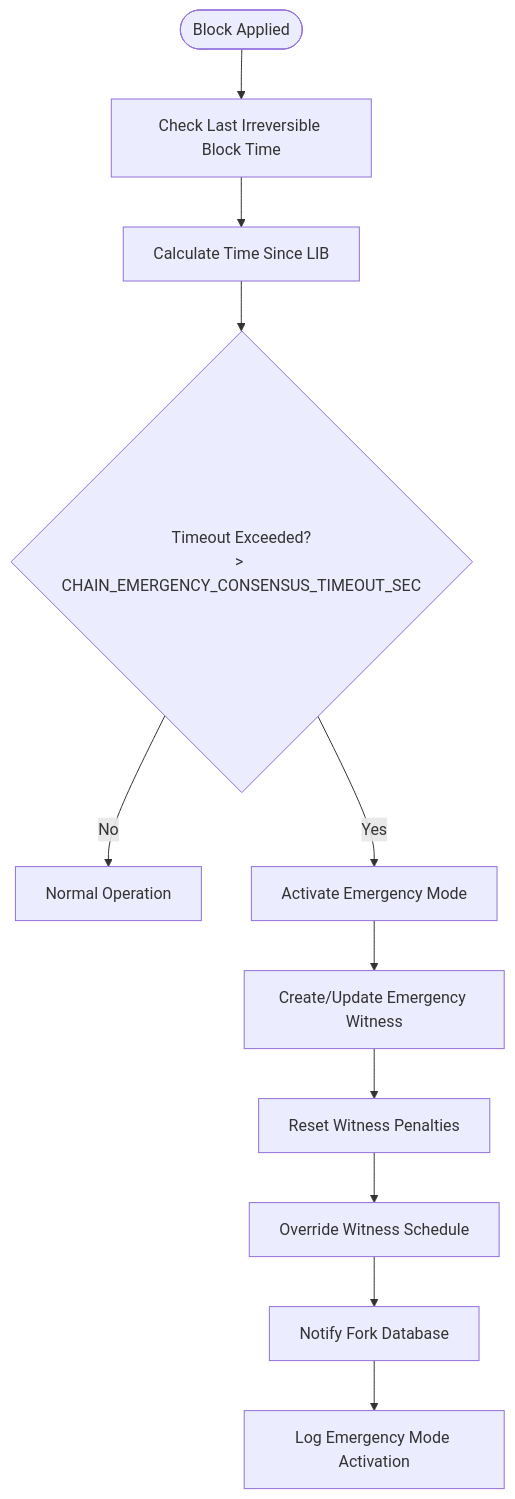
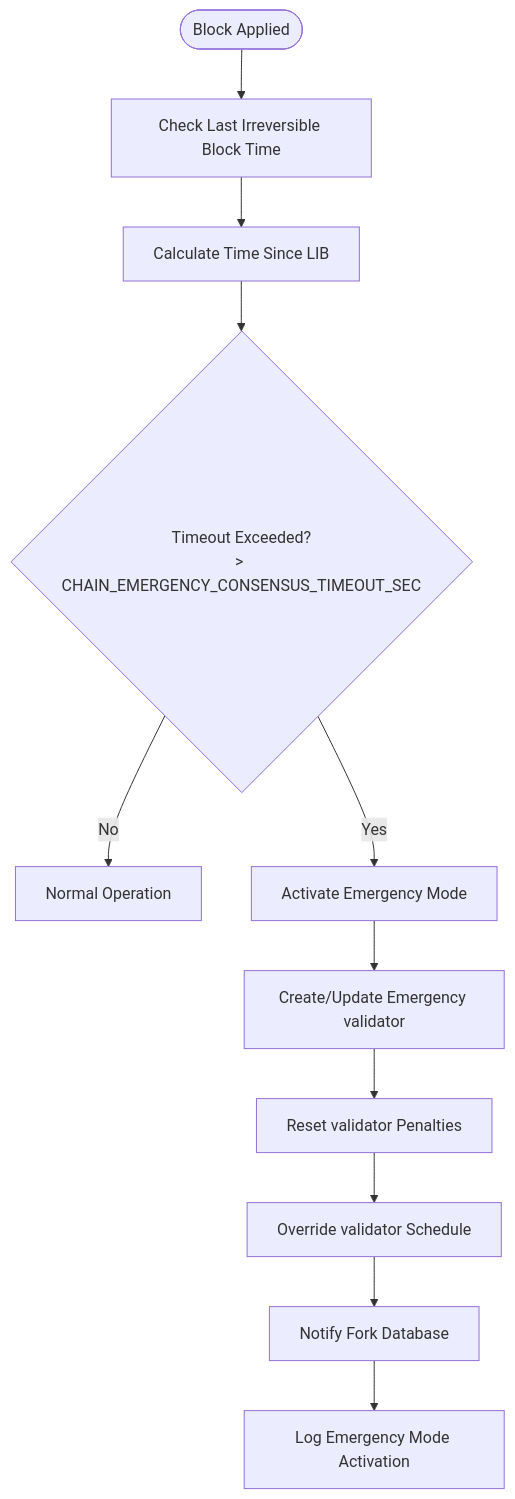
Diagram 11 of 15 in .qoder/repowiki/en/content/Core Libraries/Core Libraries.md (VIZ-Blockchain/viz-cpp-node), drawn with Mermaid before and after one commit. The commit also changed other lines of this file and 88 other files, not shown here.

First line of the commit message:
docs(validator): rename witness to validator throughout documentation

````diff
--- a/.qoder/repowiki/en/content/Core Libraries/Core Libraries.md
+++ b/.qoder/repowiki/en/content/Core Libraries/Core Libraries.md
@@ -732,13 +732,13 @@
 ```mermaid
 flowchart TD
 Start(["Block Applied"]) --> CheckLIB["Check Last Irreversible Block Time"]
 CheckLIB --> CalcTime["Calculate Time Since LIB"]
 CalcTime --> Timeout{"Timeout Exceeded?<br/>> CHAIN_EMERGENCY_CONSENSUS_TIMEOUT_SEC"}
 Timeout --> |No| Normal["Normal Operation"]
 Timeout --> |Yes| Activate["Activate Emergency Mode"]
-Activate --> CreateWitness["Create/Update Emergency Witness"]
-CreateWitness --> ResetPenalties["Reset Witness Penalties"]
-ResetPenalties --> OverrideSchedule["Override Witness Schedule"]
+Activate --> CreateWitness["Create/Update Emergency validator"]
+CreateWitness --> ResetPenalties["Reset validator Penalties"]
+ResetPenalties --> OverrideSchedule["Override validator Schedule"]
 OverrideSchedule --> NotifyForkDB["Notify Fork Database"]
 NotifyForkDB --> LogActivation["Log Emergency Mode Activation"]
 ```
````
